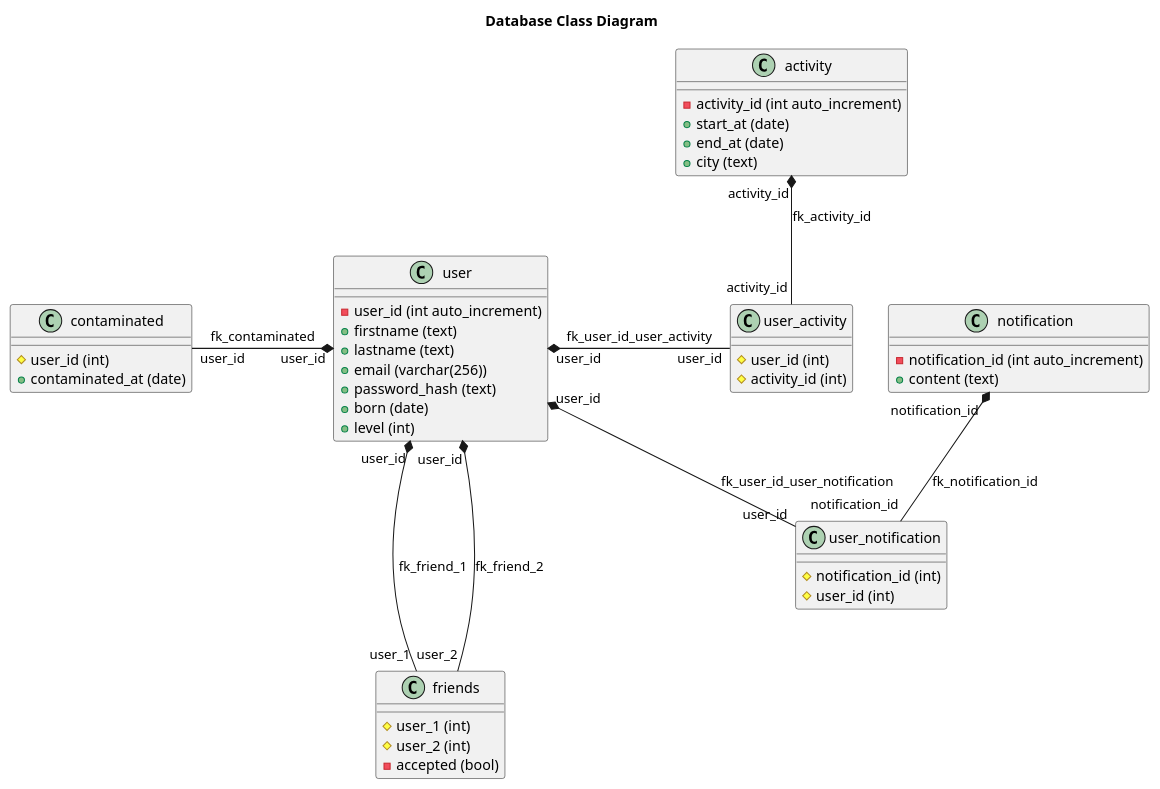
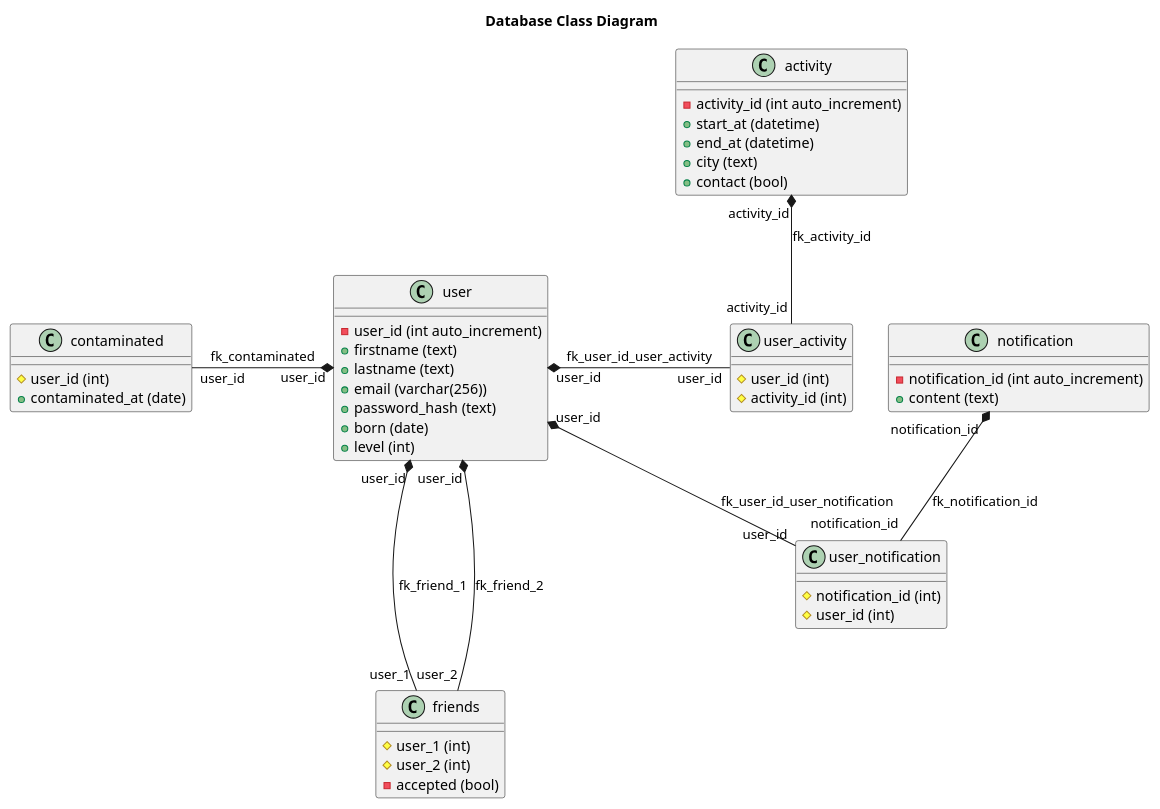
One commit to AlasDiablo/ProjetWeb changed the diagram in docs/database.puml. Above: the diagram before and after it, drawn with PlantUML. The commit also changed 2 other files, not shown here.

Commit message:
feat: update database diagram and database

```diff
--- a/docs/database.puml
+++ b/docs/database.puml
@@ -1,56 +1,57 @@
 @startuml
 
 title "Database Class Diagram"
 
 class user {
     - user_id (int auto_increment)
     + firstname (text)
     + lastname (text)
     + email (varchar(256))
     + password_hash (text)
     + born (date)
     + level (int)
 }
 
 class contaminated {
     # user_id (int)
     + contaminated_at (date)
 }
 
 class activity {
     - activity_id (int auto_increment)
-    + start_at (date)
-    + end_at (date)
+    + start_at (datetime)
+    + end_at (datetime)
     + city (text)
+    + contact (bool)
 }
 
 class user_activity {
     # user_id (int)
     # activity_id (int)
 }
 
 class friends {
     # user_1 (int)
     # user_2 (int)
     - accepted (bool)
 }
 
 class notification {
     - notification_id (int auto_increment)
     + content (text)
 }
 
 class user_notification {
     # notification_id (int)
     # user_id (int)
 }
 
 user "user_id" *-left- "user_id" contaminated: fk_contaminated
 user "user_id" *-right- "user_id" user_activity: fk_user_id_user_activity
 activity "activity_id" *-- "activity_id" user_activity: fk_activity_id
 user "user_id" *-down-- "user_1" friends: fk_friend_1
 user "user_id" *-down-- "user_2" friends: fk_friend_2
 user "user_id" *-- "user_id" user_notification: fk_user_id_user_notification
 notification "notification_id" *-- "notification_id" user_notification: fk_notification_id
 
 @enduml
```
